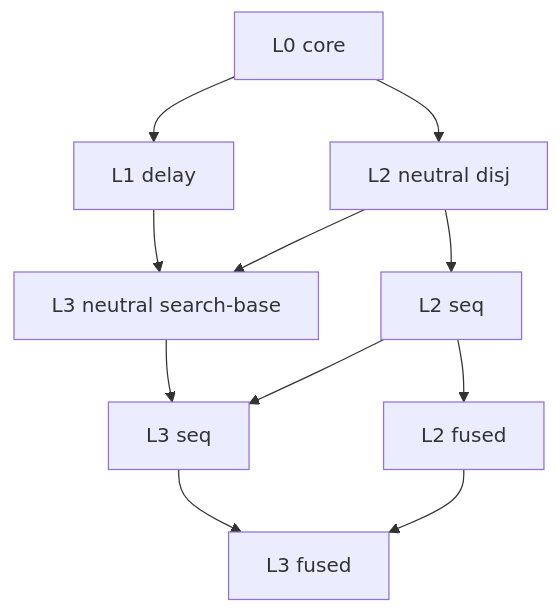
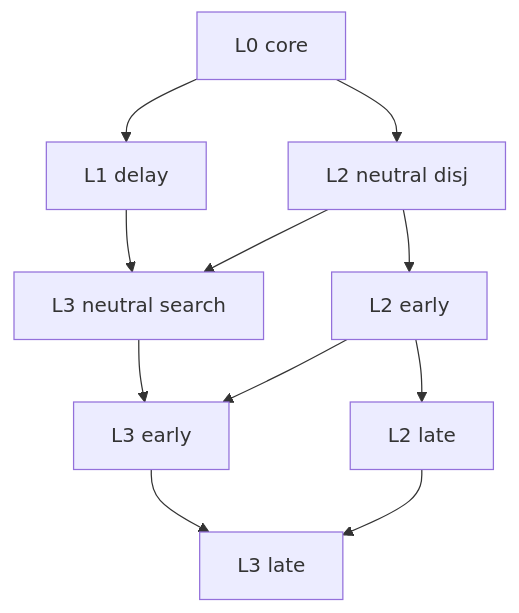
One commit to brysenPfingsten/mk-redex-viz changed the first of 2 diagrams in racket-server/src/search-lattice/SEMILATTICE.md. Above: the diagram before and after it, drawn with Mermaid. The commit also changed other lines of this file and 57 other files, not shown here.

````diff
--- a/racket-server/src/search-lattice/SEMILATTICE.md
+++ b/racket-server/src/search-lattice/SEMILATTICE.md
@@ -12,22 +12,22 @@
 ```mermaid
 graph TD
   core["L0 core"]
   delay["L1 delay"]
   disj["L2 neutral disj"]
-  disj_seq["L2 seq"]
-  disj_fused["L2 fused"]
-  sb["L3 neutral search-base"]
-  sb_seq["L3 seq"]
-  sb_fused["L3 fused"]
+  disj_seq["L2 early"]
+  disj_fused["L2 late"]
+  sb["L3 neutral search"]
+  sb_seq["L3 early"]
+  sb_fused["L3 late"]
 
   core --> delay
   core --> disj
   disj --> disj_seq
   disj_seq --> disj_fused
   delay --> sb
   disj --> sb
   sb --> sb_seq
   disj_seq --> sb_seq
   sb_seq --> sb_fused
   disj_fused --> sb_fused
 ```
````
